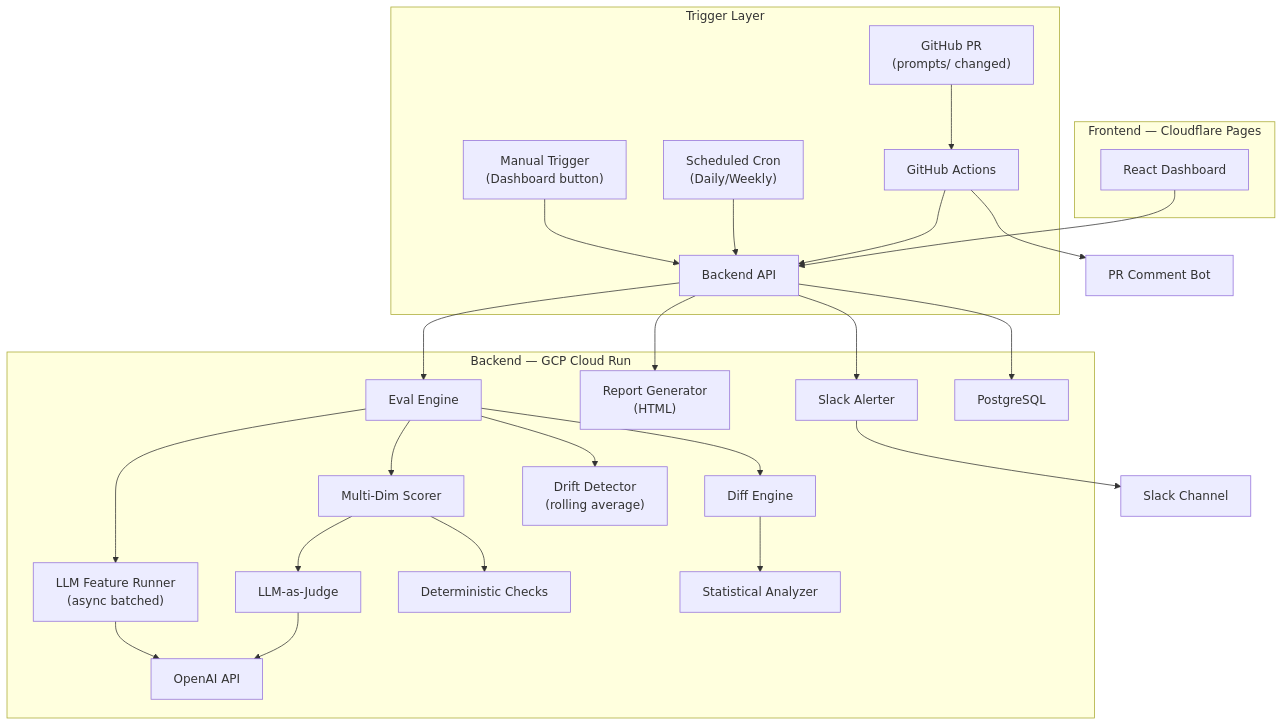
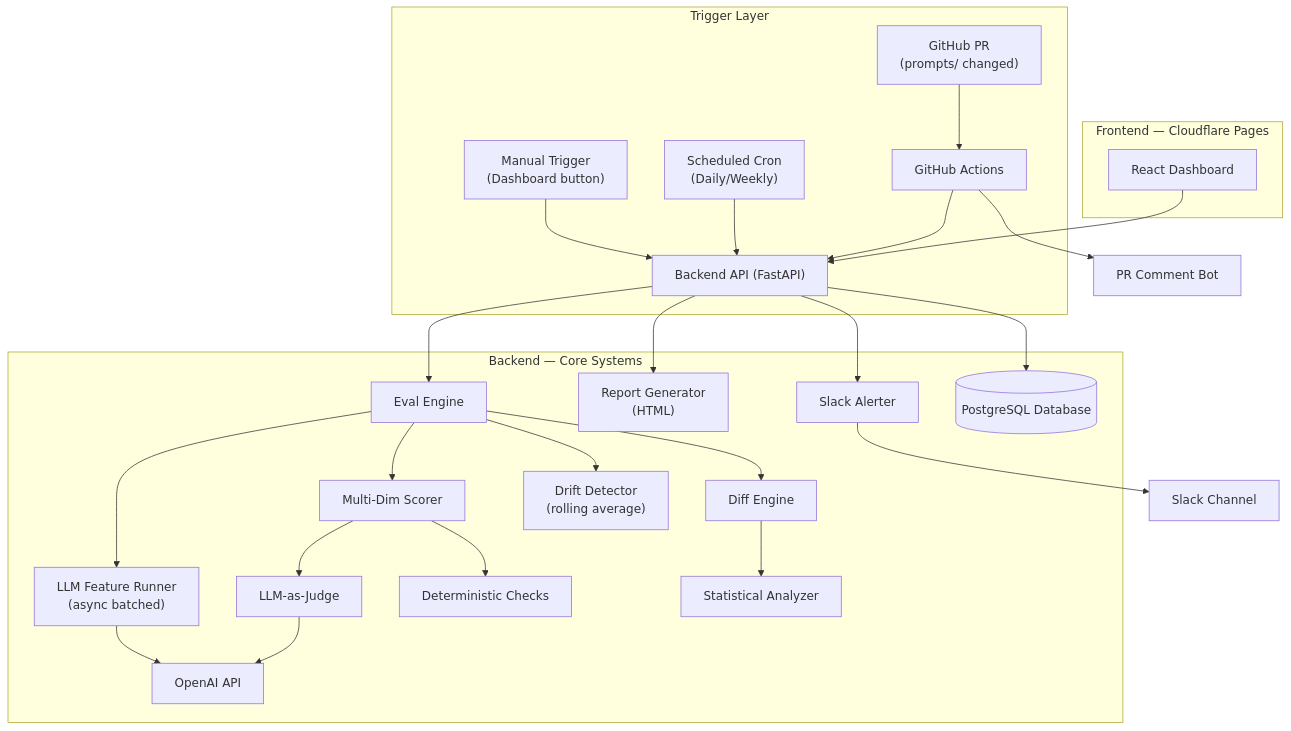
One commit to wachira567/Model_Regression_Detection_System_Backend changed the diagram in README.md. Above: the diagram before and after it, drawn with Mermaid. The commit also changed other lines of this file and 6 other files, not shown here.

````diff
--- a/README.md
+++ b/README.md
@@ -6,33 +14,33 @@
 ```mermaid
 graph TB
     subgraph "Trigger Layer"
         A["GitHub PR<br/>(prompts/ changed)"] --> B["GitHub Actions"]
-        C["Manual Trigger<br/>(Dashboard button)"] --> D["Backend API"]
+        C["Manual Trigger<br/>(Dashboard button)"] --> D["Backend API (FastAPI)"]
         E["Scheduled Cron<br/>(Daily/Weekly)"] --> D
     end
 
-    subgraph "Backend — GCP Cloud Run"
+    subgraph "Backend — Core Systems"
         B --> D
         D --> F["Eval Engine"]
         F --> G["LLM Feature Runner<br/>(async batched)"]
         G --> H["OpenAI API"]
         F --> I["Multi-Dim Scorer"]
         I --> J["LLM-as-Judge"]
         J --> H
         I --> K["Deterministic Checks"]
         F --> L["Diff Engine"]
         L --> M["Statistical Analyzer"]
         F --> N["Drift Detector<br/>(rolling average)"]
         D --> O["Report Generator<br/>(HTML)"]
         D --> P["Slack Alerter"]
-        D --> Q["PostgreSQL"]
+        D --> Q[(PostgreSQL Database)]
     end
 
     subgraph "Frontend — Cloudflare Pages"
         R["React Dashboard"]
         R --> D
     end
 
     P --> S["Slack Channel"]
     B --> T["PR Comment Bot"]
 ```
````
